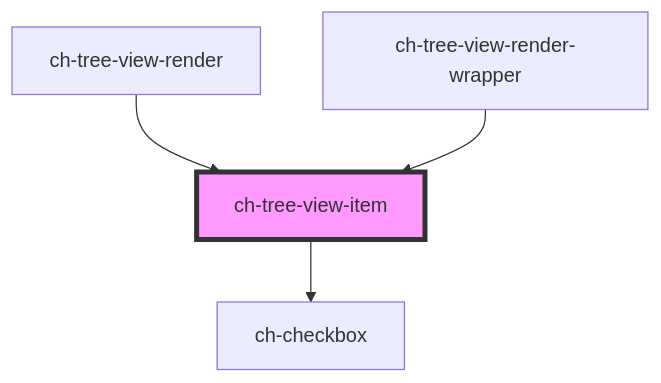
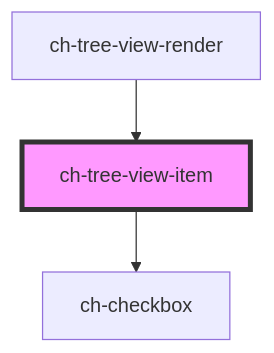
The diagram in src/components/tree-view/tree-view-item/readme.md (genexuslabs/chameleon-controls-library), drawn with Mermaid before and after one commit. The commit also changed other lines of this file and 4 other files, not shown here.

````diff
--- a/src/components/tree-view/tree-view-item/readme.md
+++ b/src/components/tree-view/tree-view-item/readme.md
@@ -177,7 +178,6 @@
 ```mermaid
 graph TD;
   ch-tree-view-item --> ch-checkbox
   ch-tree-view-render --> ch-tree-view-item
-  ch-tree-view-render-wrapper --> ch-tree-view-item
   style ch-tree-view-item fill:#f9f,stroke:#333,stroke-width:4px
 ```
````
